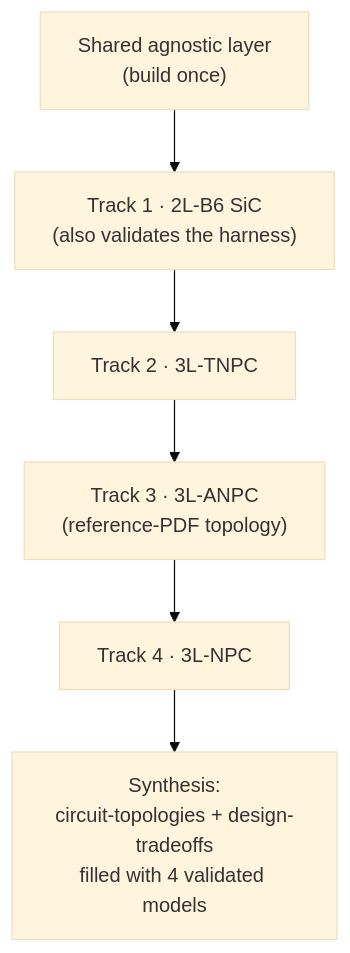
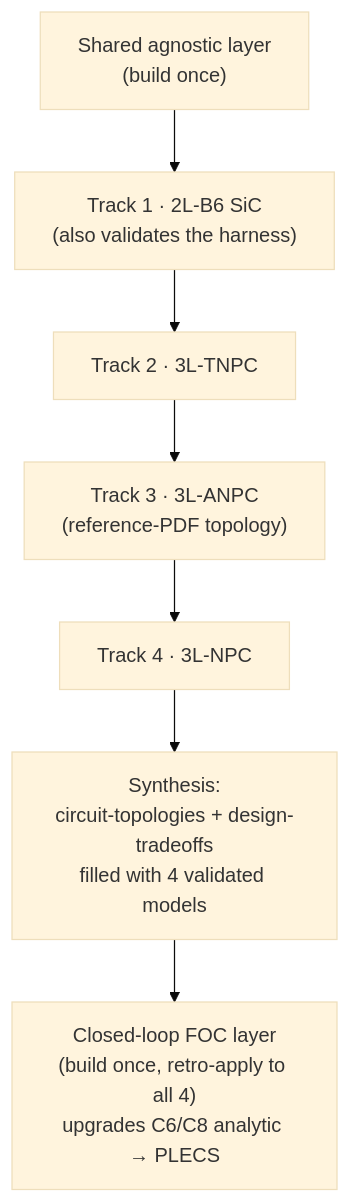
One commit to poetandsinger/SRTP_PowerElectronicsAI changed the second of 2 diagrams in knowledge/synthesis/plans/plan-depth-research.md. Above: the diagram before and after it, drawn with Mermaid (base theme). The commit also changed other lines of this file and 1 other file, not shown here.

First line of the commit message:
plan: RAG-fidelity boundary + deferred closed-loop FOC phase; hone procedure-control

````diff
--- a/knowledge/synthesis/plans/plan-depth-research.md
+++ b/knowledge/synthesis/plans/plan-depth-research.md
@@ -83,8 +103,9 @@
 ```mermaid
 flowchart TD
     S["Shared agnostic layer<br/>(build once)"] --> T1["Track 1 · 2L-B6 SiC<br/>(also validates the harness)"]
     T1 --> T2["Track 2 · 3L-TNPC"]
     T2 --> T3["Track 3 · 3L-ANPC<br/>(reference-PDF topology)"]
     T3 --> T4["Track 4 · 3L-NPC"]
     T4 --> SYN["Synthesis:<br/>circuit-topologies + design-tradeoffs<br/>filled with 4 validated models"]
+    SYN --> FOC["Closed-loop FOC layer<br/>(build once, retro-apply to all 4)<br/>upgrades C6/C8 analytic → PLECS"]
 ```
````
